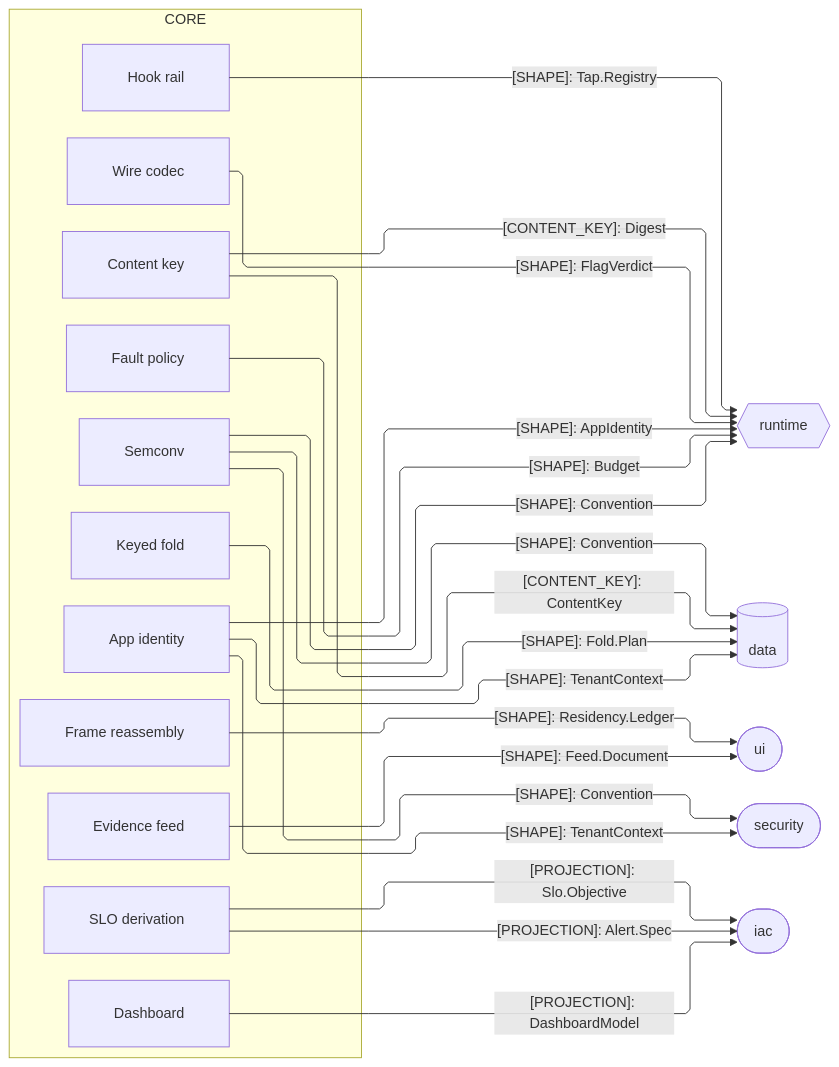
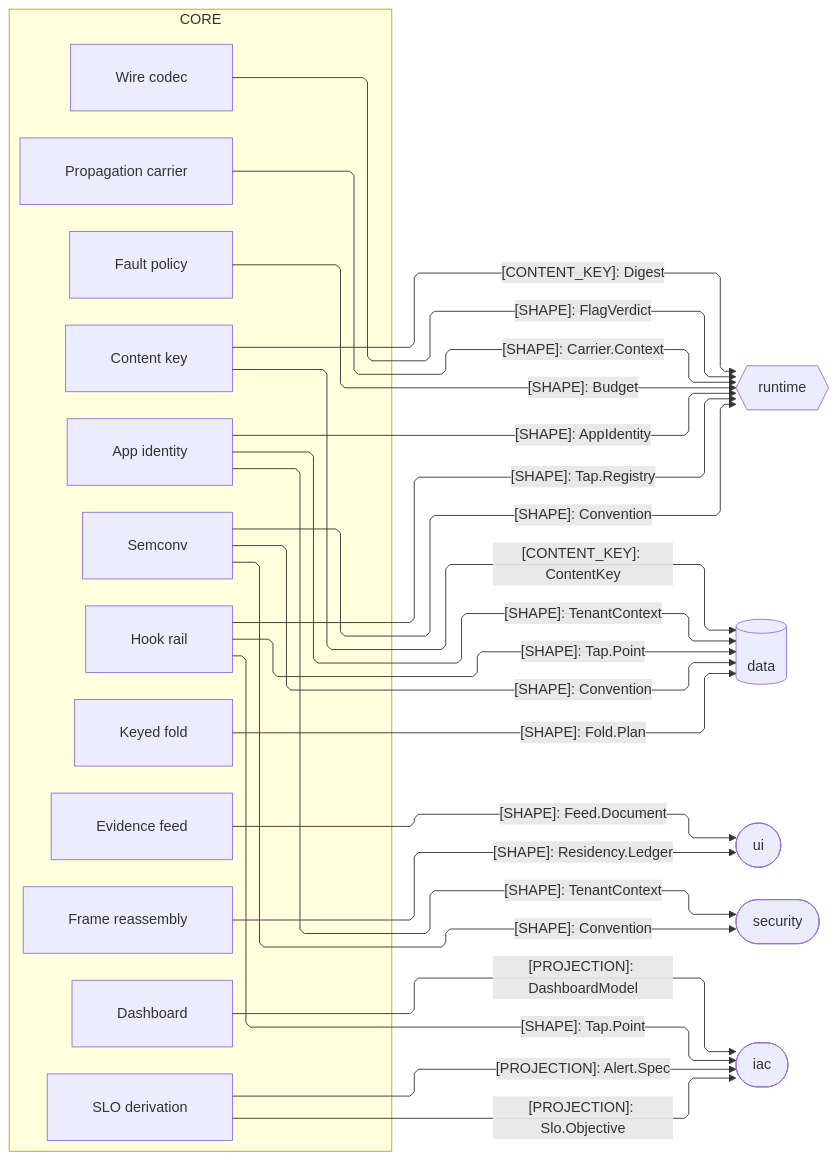
Before and after one commit to bsamiee/Rasm: the third of 3 diagrams in libs/typescript/core/ARCHITECTURE.md, drawn with Mermaid. The commit also changed other lines of this file and 124 other files, not shown here.

First line of the commit message:
planning registries: ARCHITECTURE/README/IDEAS/TASKLOG/RULINGS + csproj, campaign-method, CLAUDE.md

````diff
--- a/libs/typescript/core/ARCHITECTURE.md
+++ b/libs/typescript/core/ARCHITECTURE.md
@@ -157,47 +161,51 @@
 ```mermaid
 ---
 config:
   layout: elk
   flowchart:
     curve: linear
     padding: 25
 ---
 flowchart LR
     accTitle: Core TypeScript sibling seam registry
     accDescr: Core value, state, interchange, and observe owners handing content identity and decoded shapes to the data, runtime, ui, security, and iac siblings, edge rails colored by kind and nodes classed by seam direction.
     subgraph core[CORE]
         ContentKey[Content key]
         Codec[Wire codec]
         Frame[Frame reassembly]
         Fold[Keyed fold]
         Feed[Evidence feed]
         Identity[App identity]
         Fault[Fault policy]
         Convention[Semconv]
         Slo[SLO derivation]
         Board[Dashboard]
         Tap[Hook rail]
+        Carrier[Propagation carrier]
     end
     Runtime{{runtime}}
     Data[(data)]
     Ui([ui])
     Security([security])
     Iac([iac])
     ContentKey e1@-->|"[CONTENT_KEY]: ContentKey"| Data
     ContentKey e2@-->|"[CONTENT_KEY]: Digest"| Runtime
     Codec e3@-->|"[SHAPE]: FlagVerdict"| Runtime
     Fold e4@-->|"[SHAPE]: Fold.Plan"| Data
     Feed e5@-->|"[SHAPE]: Feed.Document"| Ui
     Identity e6@-->|"[SHAPE]: TenantContext"| Security
     Identity e7@-->|"[SHAPE]: TenantContext"| Data
     Identity e8@-->|"[SHAPE]: AppIdentity"| Runtime
     Fault e9@-->|"[SHAPE]: Budget"| Runtime
     Convention e10@-->|"[SHAPE]: Convention"| Runtime
     Convention e12@-->|"[SHAPE]: Convention"| Data
     Convention e13@-->|"[SHAPE]: Convention"| Security
     Board e11@-->|"[PROJECTION]: DashboardModel"| Iac
     Slo e14@-->|"[PROJECTION]: Alert.Spec"| Iac
     Frame e15@-->|"[SHAPE]: Residency.Ledger"| Ui
     Slo e16@-->|"[PROJECTION]: Slo.Objective"| Iac
     Tap e17@-->|"[SHAPE]: Tap.Registry"| Runtime
+    Carrier e18@-->|"[SHAPE]: Carrier.Context"| Runtime
+    Tap e19@-->|"[SHAPE]: Tap.Point"| Data
+    Tap e20@-->|"[SHAPE]: Tap.Point"| Iac
 ```
````
